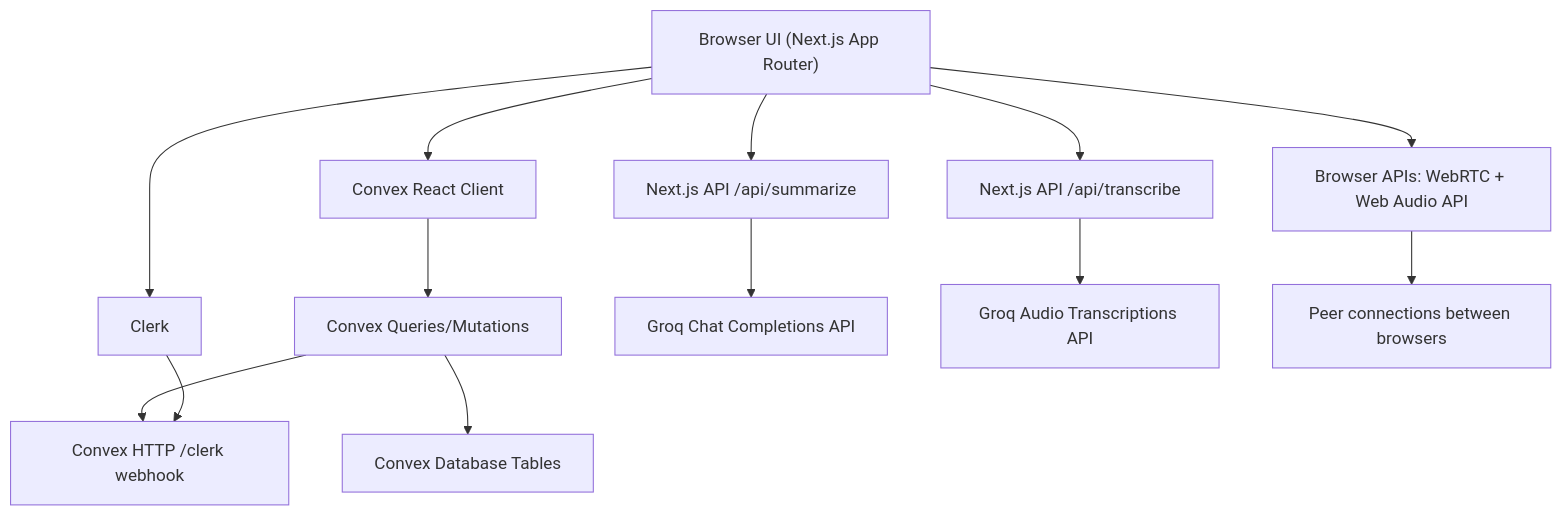
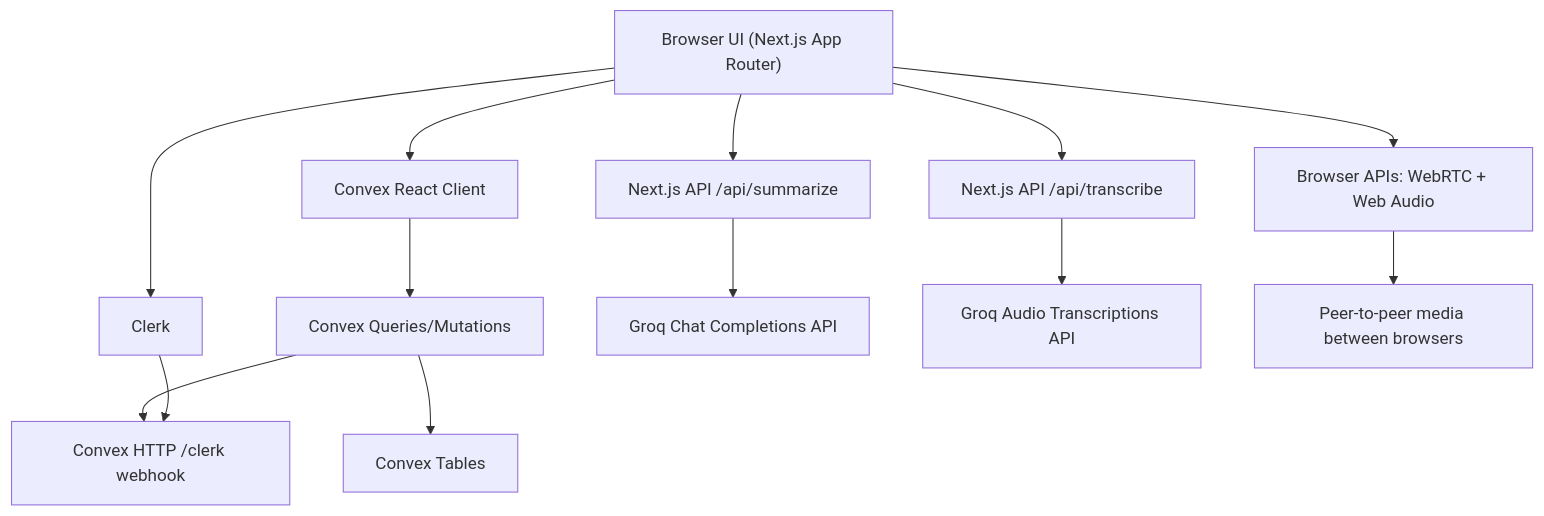
Before and after one commit to adityashah2701/meeting-bot: the diagram in docs/current-implementation.md, drawn with Mermaid. The commit also changed other lines of this file and 18 other files, not shown here.

Commit message:
feat: Implement core meeting bot features including Convex backend, AI transcription/summarization, WebRTC, and comprehensive meeting lifecycle management.

````diff
--- a/docs/current-implementation.md
+++ b/docs/current-implementation.md
@@ -68,17 +70,17 @@
 ```mermaid
 flowchart TD
     A["Browser UI (Next.js App Router)"] --> B["Clerk"]
     A --> C["Convex React Client"]
     A --> D["Next.js API /api/summarize"]
-    A --> K["Next.js API /api/transcribe"]
-    A --> E["Browser APIs: WebRTC + Web Audio API"]
+    A --> E["Next.js API /api/transcribe"]
+    A --> F["Browser APIs: WebRTC + Web Audio"]
 
-    C --> F["Convex Queries/Mutations"]
-    F --> G["Convex Database Tables"]
-    F --> H["Convex HTTP /clerk webhook"]
+    C --> G["Convex Queries/Mutations"]
+    G --> H["Convex Tables"]
+    G --> I["Convex HTTP /clerk webhook"]
 
-    B --> H
-    D --> I["Groq Chat Completions API"]
-    K --> L["Groq Audio Transcriptions API"]
-    E --> J["Peer connections between browsers"]
+    B --> I
+    D --> J["Groq Chat Completions API"]
+    E --> K["Groq Audio Transcriptions API"]
+    F --> L["Peer-to-peer media between browsers"]
 ```
````
